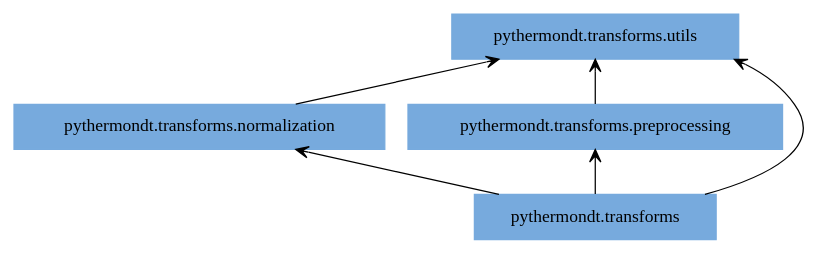
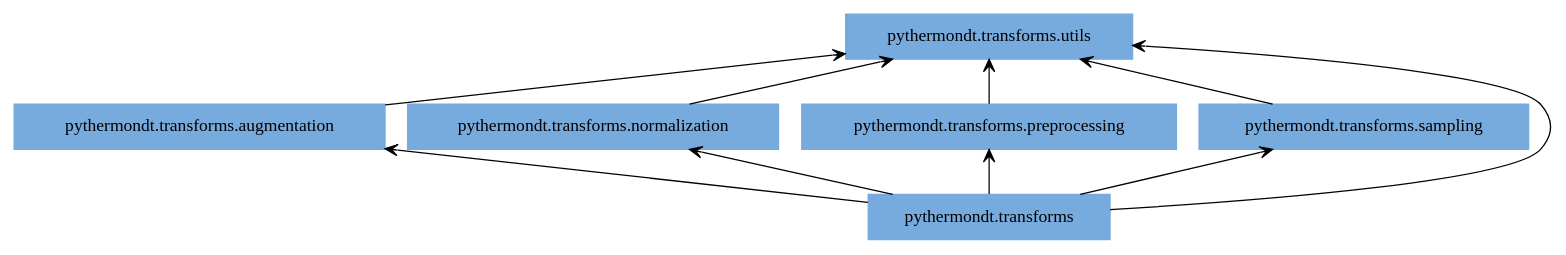
The diagram in docs/pyreverse/packages_pythermondt.transforms.gv (voidsy-gmbh/pyThermoNDT), drawn with Graphviz before and after one commit. The commit also changed 21 other files, not shown here.

Commit message:
Update pyreverse diagrams

```diff
--- a/docs/pyreverse/packages_pythermondt.transforms.gv
+++ b/docs/pyreverse/packages_pythermondt.transforms.gv
@@ -1,13 +1,19 @@
 digraph "packages_pythermondt.transforms" {
 rankdir=BT
 charset="utf-8"
 "pythermondt.transforms" [color="#77AADD", label=<pythermondt.transforms>, shape="box", style="filled"];
+"pythermondt.transforms.augmentation" [color="#77AADD", label=<pythermondt.transforms.augmentation>, shape="box", style="filled"];
 "pythermondt.transforms.normalization" [color="#77AADD", label=<pythermondt.transforms.normalization>, shape="box", style="filled"];
 "pythermondt.transforms.preprocessing" [color="#77AADD", label=<pythermondt.transforms.preprocessing>, shape="box", style="filled"];
+"pythermondt.transforms.sampling" [color="#77AADD", label=<pythermondt.transforms.sampling>, shape="box", style="filled"];
 "pythermondt.transforms.utils" [color="#77AADD", label=<pythermondt.transforms.utils>, shape="box", style="filled"];
+"pythermondt.transforms" -> "pythermondt.transforms.augmentation" [arrowhead="open", arrowtail="none"];
 "pythermondt.transforms" -> "pythermondt.transforms.normalization" [arrowhead="open", arrowtail="none"];
 "pythermondt.transforms" -> "pythermondt.transforms.preprocessing" [arrowhead="open", arrowtail="none"];
+"pythermondt.transforms" -> "pythermondt.transforms.sampling" [arrowhead="open", arrowtail="none"];
 "pythermondt.transforms" -> "pythermondt.transforms.utils" [arrowhead="open", arrowtail="none"];
+"pythermondt.transforms.augmentation" -> "pythermondt.transforms.utils" [arrowhead="open", arrowtail="none"];
 "pythermondt.transforms.normalization" -> "pythermondt.transforms.utils" [arrowhead="open", arrowtail="none"];
 "pythermondt.transforms.preprocessing" -> "pythermondt.transforms.utils" [arrowhead="open", arrowtail="none"];
+"pythermondt.transforms.sampling" -> "pythermondt.transforms.utils" [arrowhead="open", arrowtail="none"];
 }
```
